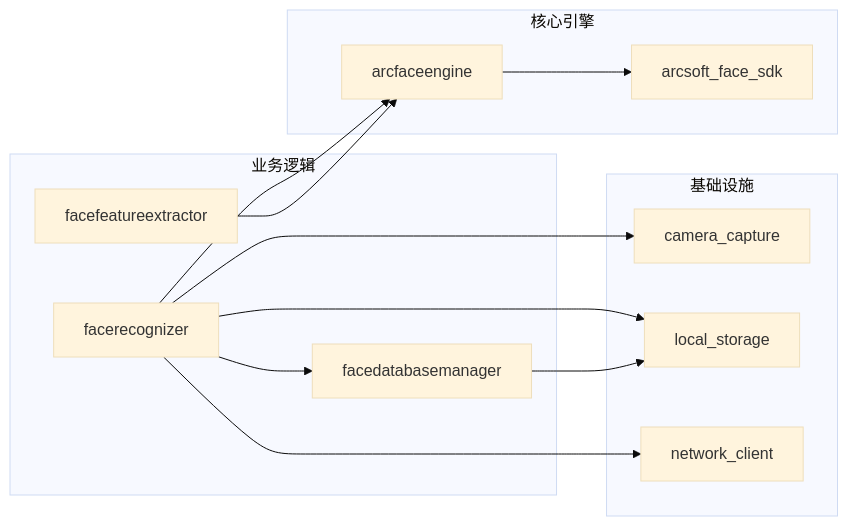
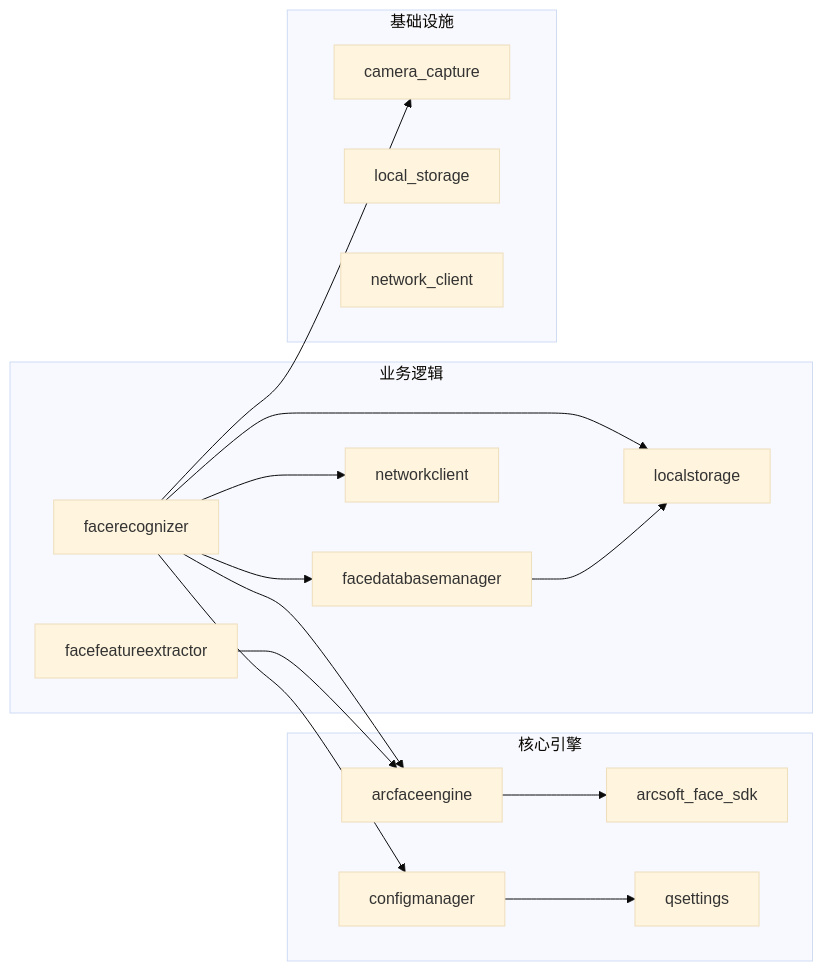
Diagram 12 of 12 in .qoder/repowiki/zh/content/核心模块/人脸识别模块/人脸识别模块.md (HeQiTZD/Triple-terminal-Attendance-Punching-System), drawn with Mermaid (base theme) before and after one commit. The commit also changed other lines of this file and 44 other files, not shown here.

````diff
--- a/.qoder/repowiki/zh/content/核心模块/人脸识别模块/人脸识别模块.md
+++ b/.qoder/repowiki/zh/content/核心模块/人脸识别模块/人脸识别模块.md
@@ -321,25 +451,31 @@
 ```mermaid
 graph LR
 subgraph "核心引擎"
 A[arcfaceengine]
 B[arcsoft_face_sdk]
+C[configmanager]
+D[qsettings]
 end
 subgraph "业务逻辑"
-C[facerecognizer]
-D[facefeatureextractor]
-E[facedatabasemanager]
+E[facerecognizer]
+F[facefeatureextractor]
+G[facedatabasemanager]
+H[localstorage]
+I[networkclient]
 end
 subgraph "基础设施"
-F[camera_capture]
-G[local_storage]
-H[network_client]
+J[camera_capture]
+K[local_storage]
+L[network_client]
 end
 A --> B
-C --> A
-C --> E
-C --> F
-C --> G
-C --> H
-D --> A
+C --> D
+E --> A
 E --> G
+E --> C
+E --> J
+E --> H
+E --> I
+F --> A
+G --> H
 ```
````
